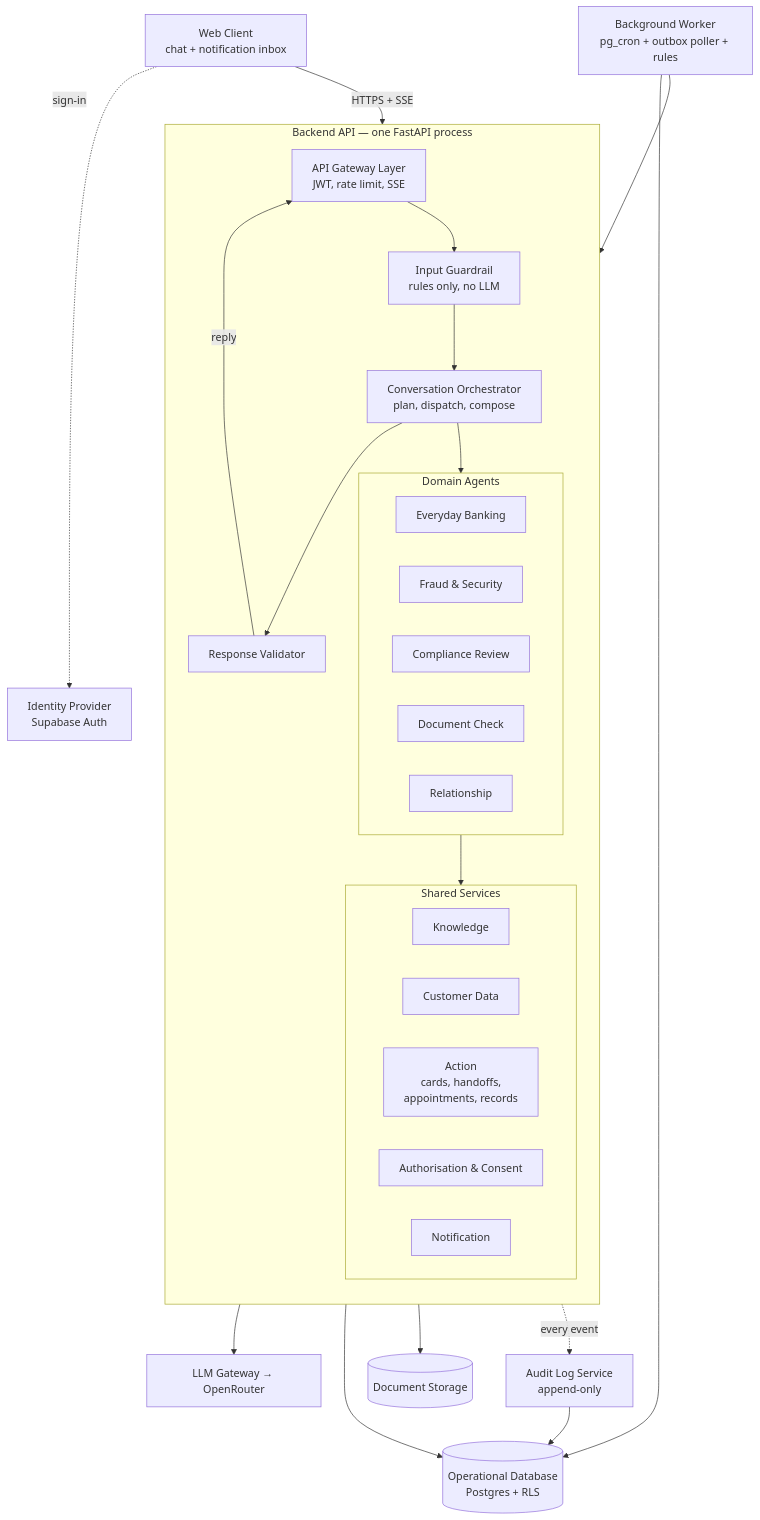
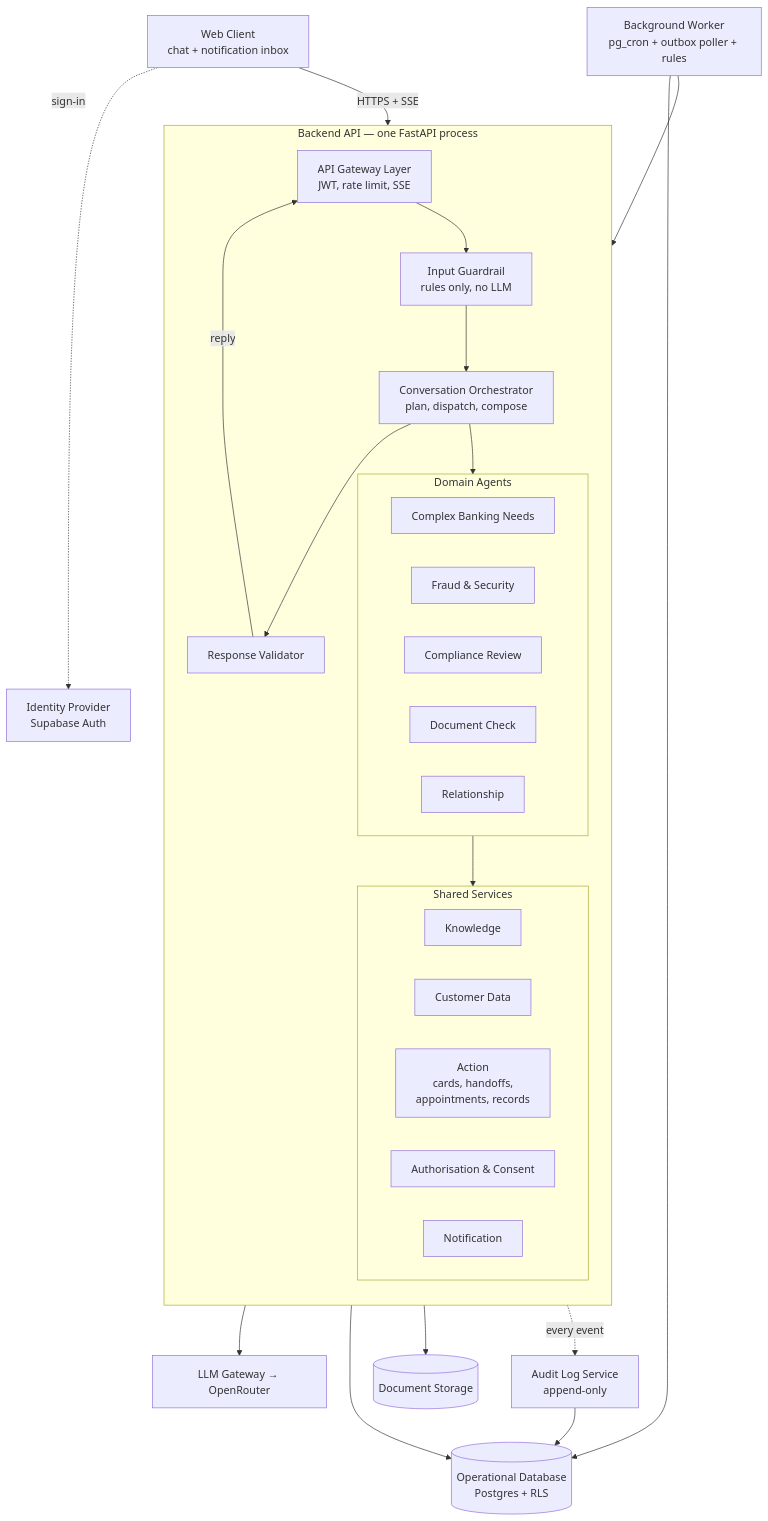
One commit to deniseLie/IS4000_Group7 changed the first of 4 diagrams in docs/system-architecture.md. Above: the diagram before and after it, drawn with Mermaid. The commit also changed other lines of this file and 13 other files, not shown here.

First line of the commit message:
docs/ui: rename Everyday Banking to Complex Banking Needs

````diff
--- a/docs/system-architecture.md
+++ b/docs/system-architecture.md
@@ -55,46 +55,46 @@
 ```mermaid
 flowchart TB
   WEB["Web Client<br/>chat + notification inbox"]
   IDP["Identity Provider<br/>Supabase Auth"]
   WORKER["Background Worker<br/>pg_cron + outbox poller + rules"]
 
   subgraph API["Backend API — one FastAPI process"]
     direction TB
     GW["API Gateway Layer<br/>JWT, rate limit, SSE"]
     IG["Input Guardrail<br/>rules only, no LLM"]
     ORC["Conversation Orchestrator<br/>plan, dispatch, compose"]
     subgraph AGENTS["Domain Agents"]
       direction LR
-      A1["Everyday Banking"]
+      A1["Complex Banking Needs"]
       A2["Fraud & Security"]
       A3["Compliance Review"]
       A4["Document Check"]
       A5["Relationship"]
     end
     subgraph SVC["Shared Services"]
       direction LR
       S1["Knowledge"]
       S2["Customer Data"]
       S3["Action<br/>cards, handoffs,<br/>appointments, records"]
       S4["Authorisation & Consent"]
       S5["Notification"]
     end
     VAL["Response Validator"]
   end
 
   LLM["LLM Gateway → OpenRouter"]
   AUDIT["Audit Log Service<br/>append-only"]
   DB[("Operational Database<br/>Postgres + RLS")]
   STORE[("Document Storage")]
 
   WEB -->|HTTPS + SSE| GW
   WEB -.->|sign-in| IDP
   GW --> IG --> ORC --> AGENTS --> SVC
   ORC --> VAL -->|reply| GW
   AGENTS --> LLM
   SVC --> DB
   SVC --> STORE
   WORKER --> ORC
   WORKER --> DB
   API -.->|every event| AUDIT --> DB
 ```
````
